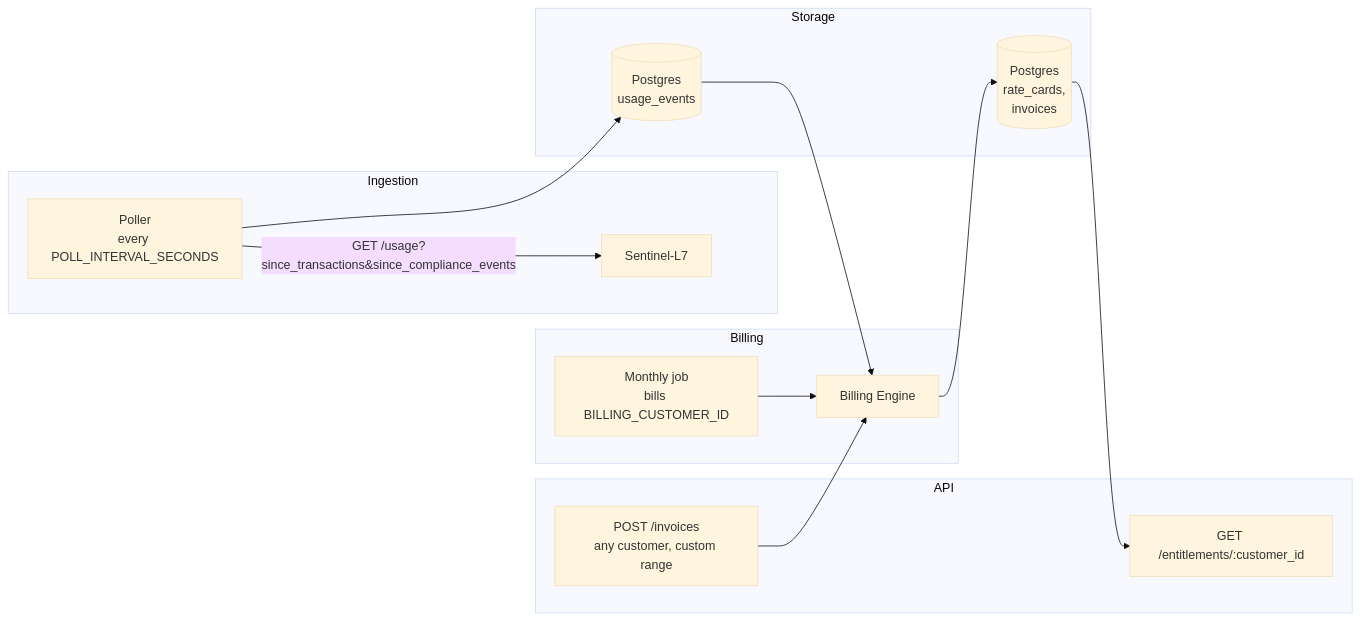
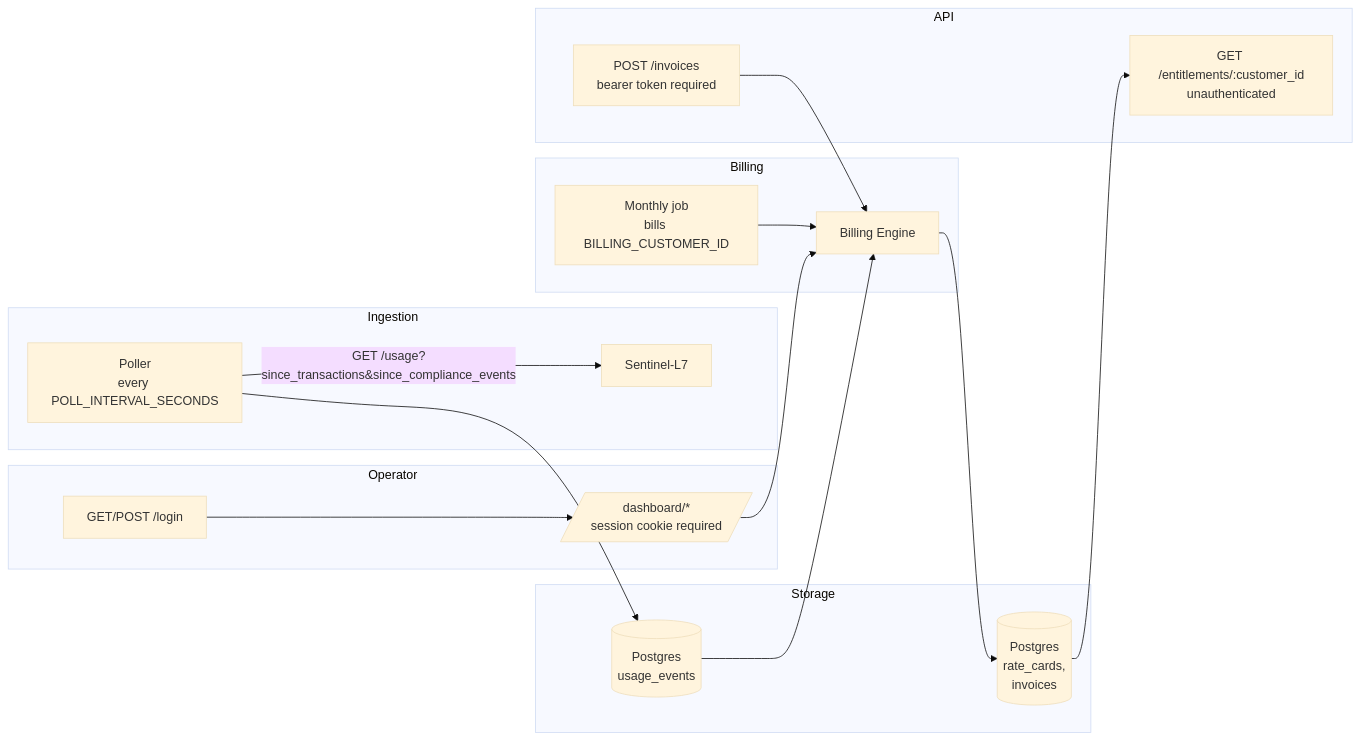
One commit to obrienma/Ledger-L5 changed the diagram in README.md. Above: the diagram before and after it, drawn with Mermaid (base theme). The commit also changed other lines of this file and 23 other files, not shown here.

````diff
--- a/README.md
+++ b/README.md
@@ -80,24 +88,30 @@
 ```mermaid
 flowchart LR
     subgraph Ingestion
         A[Poller<br/>every POLL_INTERVAL_SECONDS] -->|GET /usage?since_transactions&since_compliance_events| B[Sentinel-L7]
     end
     subgraph Storage
         C[(Postgres<br/>usage_events)]
         D[(Postgres<br/>rate_cards,<br/>invoices)]
     end
     subgraph Billing
         E[Billing Engine]
         M[Monthly job<br/>bills BILLING_CUSTOMER_ID]
     end
     subgraph API
-        F[GET /entitlements/:customer_id]
-        G[POST /invoices<br/>any customer, custom range]
+        F[GET /entitlements/:customer_id<br/>unauthenticated]
+        G[POST /invoices<br/>bearer token required]
+    end
+    subgraph Operator
+        L[GET/POST /login]
+        Dash[/dashboard/*<br/>session cookie required/]
     end
     A --> C
     C --> E
     M --> E
     E --> D
     D --> F
     G --> E
+    L --> Dash
+    Dash --> E
 ```
````
